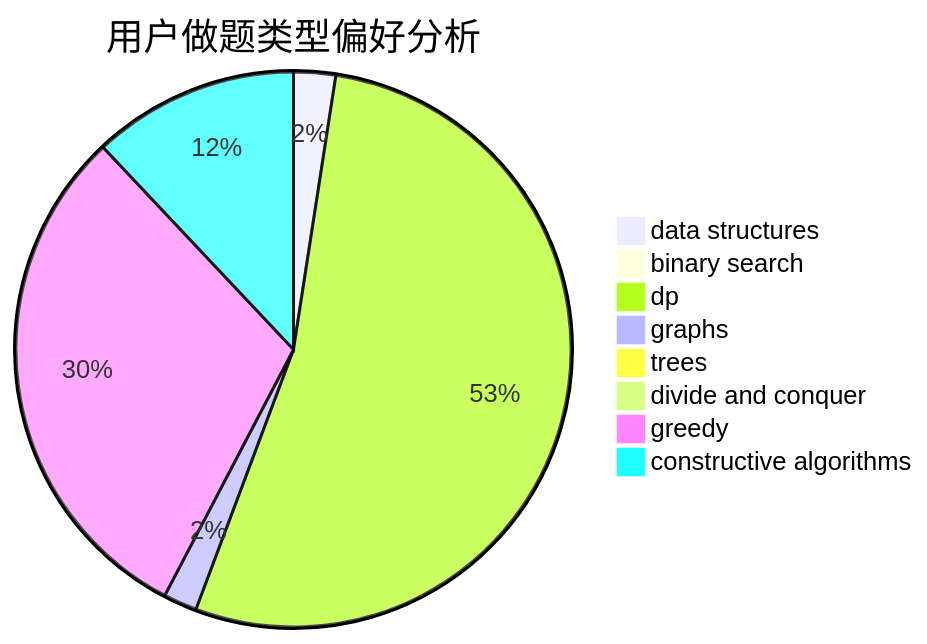
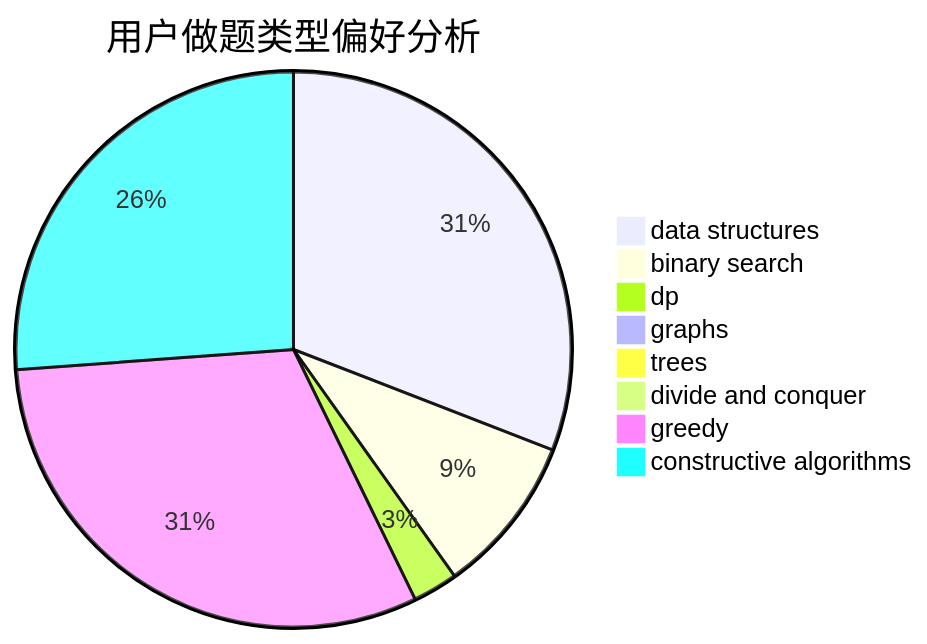
The second of 3 diagrams in docs/user/u1589.md (sherpahu/cfrs.github.io), drawn with Mermaid before and after one commit. The commit also changed other lines of this file and 2770 other files, not shown here.

````diff
--- a/docs/user/u1589.md
+++ b/docs/user/u1589.md
@@ -23,11 +23,11 @@
 ```mermaid
 pie title 用户做题类型偏好分析
-    "data structures" :  25
-    "binary search" :  1
-    "dp" :  545
-    "graphs" :  20
-    "trees" :  7
+    "data structures" :  366
+    "binary search" :  110
+    "dp" :  31
+    "graphs" :  4
+    "trees" :  2
     "divide and conquer" :  0
-    "greedy" :  310
-    "constructive algorithms" :  123
+    "greedy" :  368
+    "constructive algorithms" :  310
 ```
````
